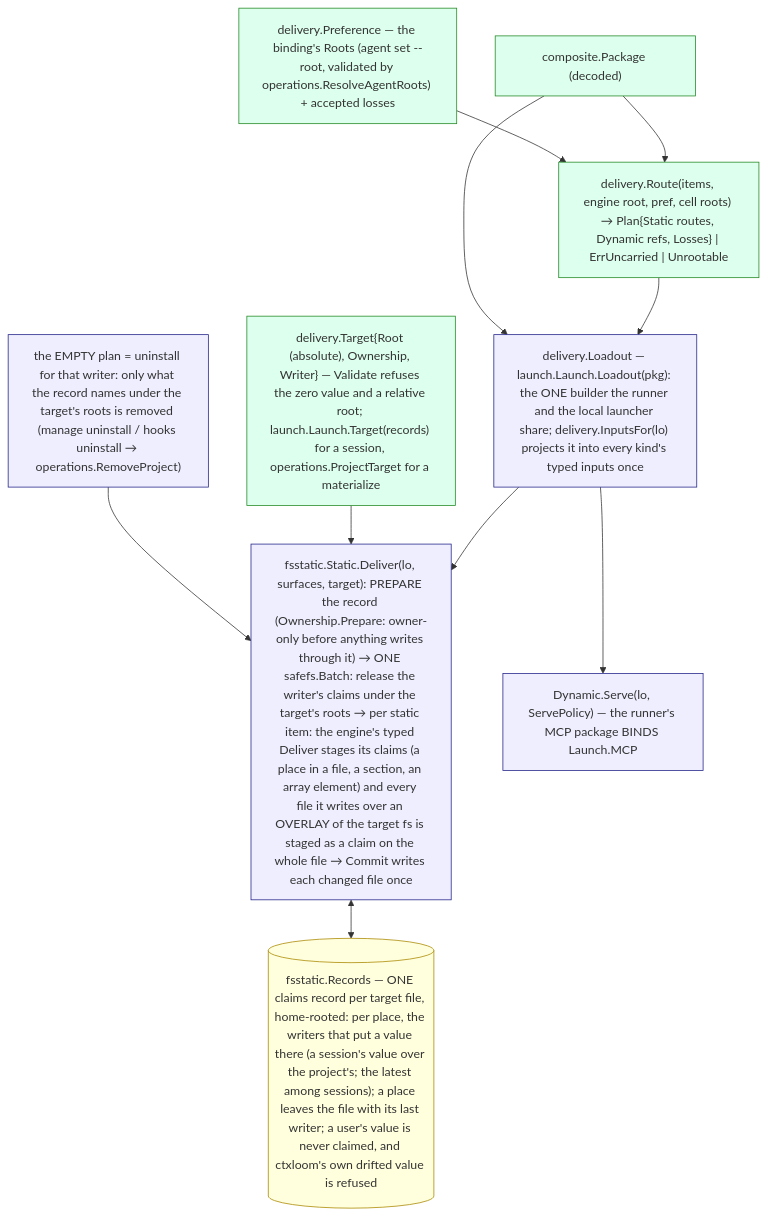
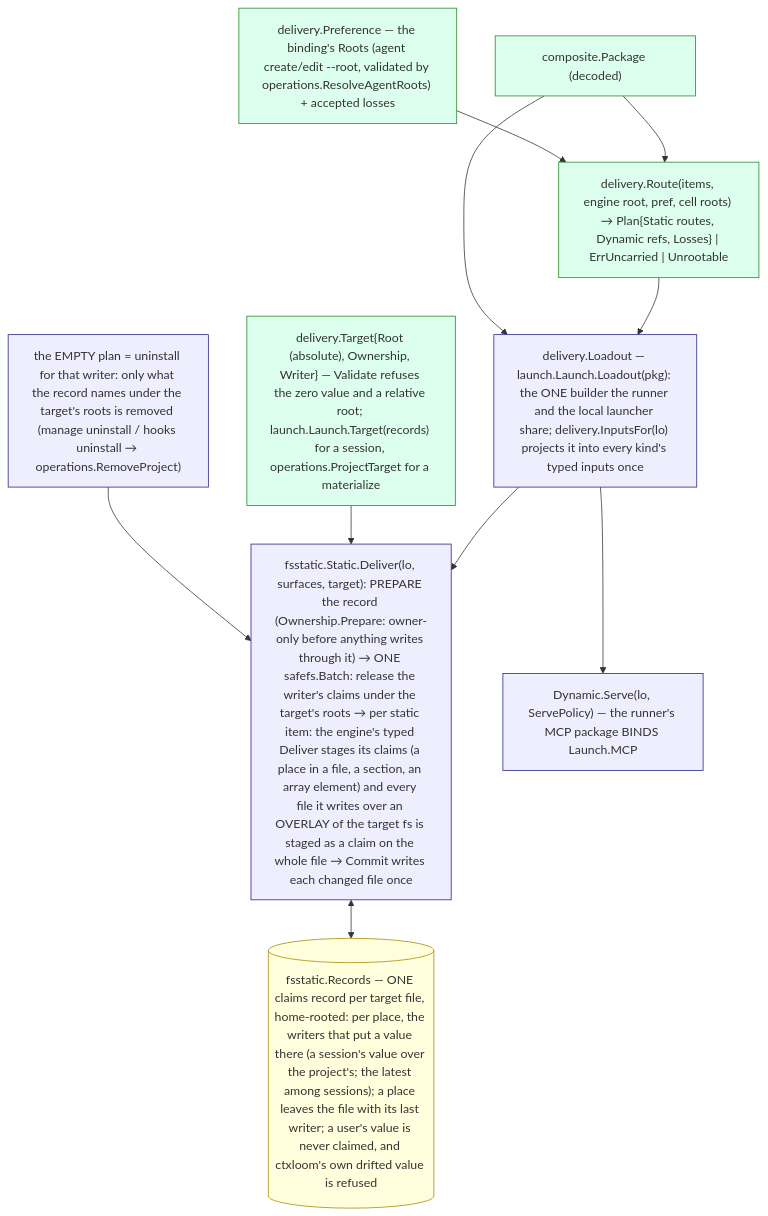
One commit to ctxloom/ctxloom changed the diagram in docs/architecture/core/delivery.md. Above: the diagram before and after it, drawn with Mermaid. The commit also changed 11 other files, not shown here.

Commit message:
Comments and the delivery doc name agent create and agent edit, not agent set

````diff
--- a/docs/architecture/core/delivery.md
+++ b/docs/architecture/core/delivery.md
@@ -12,26 +12,26 @@
 ```mermaid
 flowchart TB
     classDef decide fill:#dfe,stroke:#282
     classDef consume fill:#eef,stroke:#228
     classDef store fill:#ffd,stroke:#a80
 
     PKG["composite.Package (decoded)"]:::decide
-    PREF["delivery.Preference — the binding's Roots (agent set --root, validated by operations.ResolveAgentRoots) + accepted losses"]:::decide
+    PREF["delivery.Preference — the binding's Roots (agent create/edit --root, validated by operations.ResolveAgentRoots) + accepted losses"]:::decide
     ROUTE["delivery.Route(items, engine root, pref, cell roots) → Plan{Static routes, Dynamic refs, Losses} | ErrUncarried | Unrootable"]:::decide
     LO["delivery.Loadout — launch.Launch.Loadout(pkg): the ONE builder the runner and the local launcher share; delivery.InputsFor(lo) projects it into every kind's typed inputs once"]:::consume
     TGT["delivery.Target{Root (absolute), Ownership, Writer} — Validate refuses the zero value and a relative root; launch.Launch.Target(records) for a session, operations.ProjectTarget for a materialize"]:::decide
     STATIC["fsstatic.Static.Deliver(lo, surfaces, target): PREPARE the record (Ownership.Prepare: owner-only before anything writes through it) → ONE safefs.Batch: release the writer's claims under the target's roots → per static item: the engine's typed Deliver stages its claims (a place in a file, a section, an array element) and every file it writes over an OVERLAY of the target fs is staged as a claim on the whole file → Commit writes each changed file once"]:::consume
     REC[("fsstatic.Records — ONE claims record per target file, home-rooted: per place, the writers that put a value there (a session's value over the project's; the latest among sessions); a place leaves the file with its last writer; a user's value is never claimed, and ctxloom's own drifted value is refused")]:::store
     DYN["Dynamic.Serve(lo, ServePolicy) — the runner's MCP package BINDS Launch.MCP"]:::consume
     EMPTY["the EMPTY plan = uninstall for that writer: only what the record names under the target's roots is removed (manage uninstall / hooks uninstall → operations.RemoveProject)"]:::consume
 
     PKG --> ROUTE
     PREF --> ROUTE
     ROUTE --> LO
     PKG --> LO
     LO --> STATIC
     TGT --> STATIC
     STATIC <--> REC
     LO --> DYN
     EMPTY --> STATIC
 ```
````
